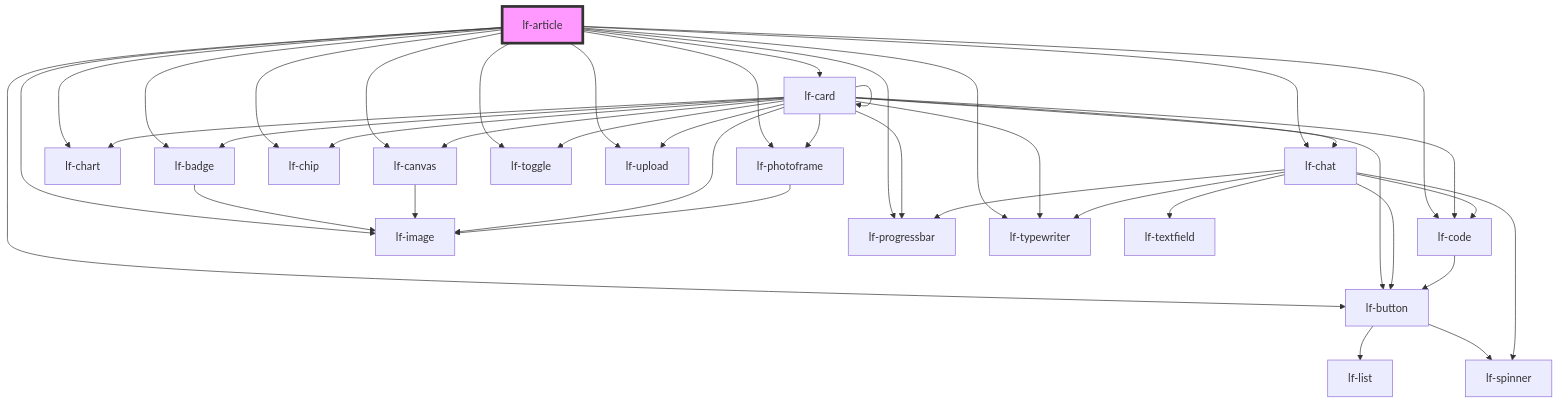
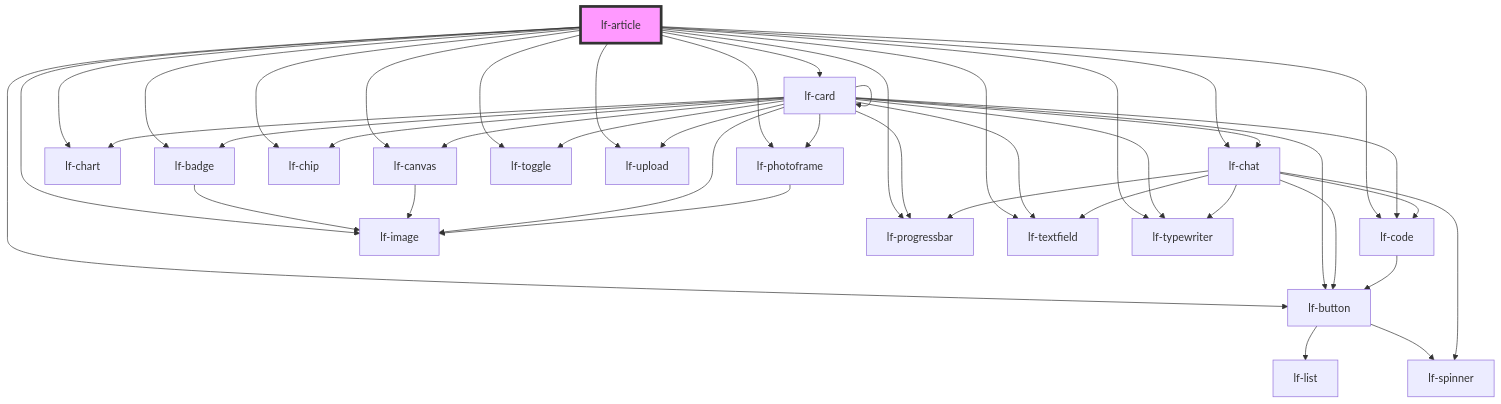
The diagram in packages/core/src/components/lf-article/readme.md (lucafoscili/lf-widgets), drawn with Mermaid before and after one commit. The commit also changed other lines of this file and 9 other files, not shown here.

````diff
--- a/packages/core/src/components/lf-article/readme.md
+++ b/packages/core/src/components/lf-article/readme.md
@@ -136,44 +137,46 @@
 ```mermaid
 graph TD;
   lf-article --> lf-badge
   lf-article --> lf-button
   lf-article --> lf-canvas
   lf-article --> lf-card
   lf-article --> lf-chart
   lf-article --> lf-chat
   lf-article --> lf-chip
   lf-article --> lf-code
   lf-article --> lf-image
   lf-article --> lf-photoframe
   lf-article --> lf-progressbar
+  lf-article --> lf-textfield
   lf-article --> lf-toggle
   lf-article --> lf-typewriter
   lf-article --> lf-upload
   lf-badge --> lf-image
   lf-button --> lf-list
   lf-button --> lf-spinner
   lf-canvas --> lf-image
   lf-card --> lf-badge
   lf-card --> lf-button
   lf-card --> lf-canvas
   lf-card --> lf-card
   lf-card --> lf-chart
   lf-card --> lf-chat
   lf-card --> lf-chip
   lf-card --> lf-code
   lf-card --> lf-image
   lf-card --> lf-photoframe
   lf-card --> lf-progressbar
+  lf-card --> lf-textfield
   lf-card --> lf-toggle
   lf-card --> lf-typewriter
   lf-card --> lf-upload
   lf-chat --> lf-spinner
   lf-chat --> lf-button
   lf-chat --> lf-typewriter
   lf-chat --> lf-progressbar
   lf-chat --> lf-textfield
   lf-chat --> lf-code
   lf-code --> lf-button
   lf-photoframe --> lf-image
   style lf-article fill:#f9f,stroke:#333,stroke-width:4px
 ```
````
